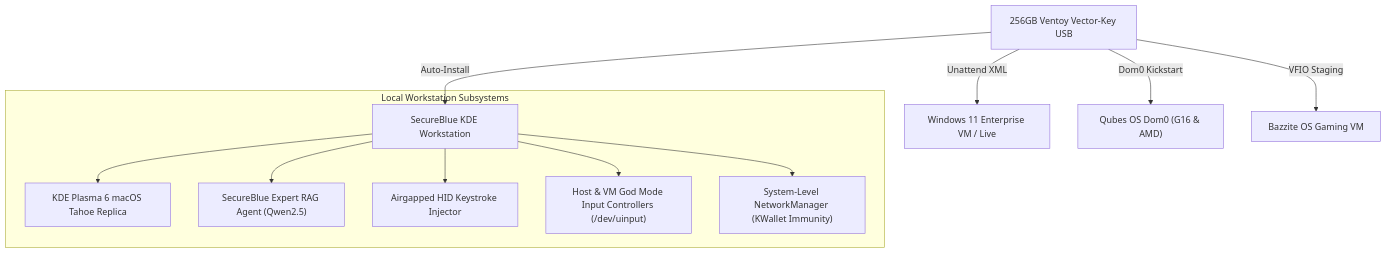
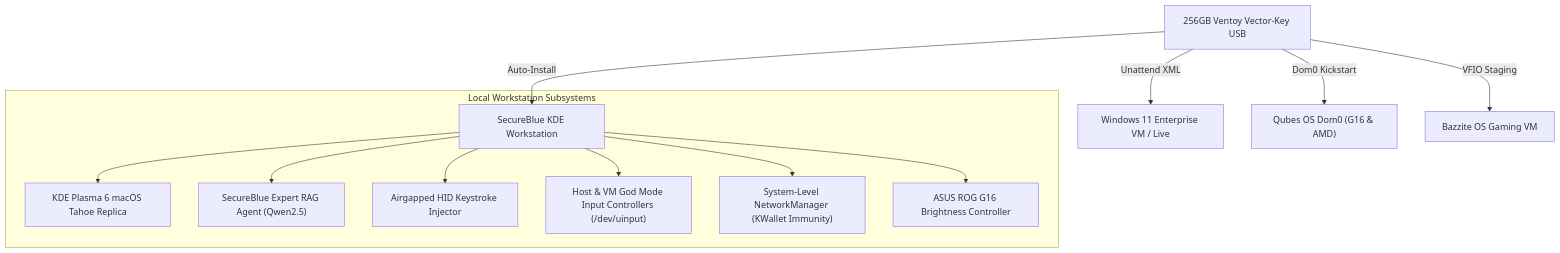
The diagram in README.md (Agent-042/SecureBlue-KDE-Agentic-Deploy), drawn with Mermaid before and after one commit. The commit also changed other lines of this file and 10 other files, not shown here.

````diff
--- a/README.md
+++ b/README.md
@@ -15,15 +15,16 @@
 ```mermaid
 graph TD
     A["256GB Ventoy Vector-Key USB"] -->|Auto-Install| B["SecureBlue KDE Workstation"]
     A -->|Unattend XML| C["Windows 11 Enterprise VM / Live"]
     A -->|Dom0 Kickstart| D["Qubes OS Dom0 (G16 & AMD)"]
     A -->|VFIO Staging| E["Bazzite OS Gaming VM"]
     
     subgraph "Local Workstation Subsystems"
         B --> F["KDE Plasma 6 macOS Tahoe Replica"]
         B --> G["SecureBlue Expert RAG Agent (Qwen2.5)"]
         B --> H["Airgapped HID Keystroke Injector"]
         B --> I["Host & VM God Mode Input Controllers (/dev/uinput)"]
         B --> J["System-Level NetworkManager (KWallet Immunity)"]
+        B --> K["ASUS ROG G16 Brightness Controller"]
     end
 ```
````
